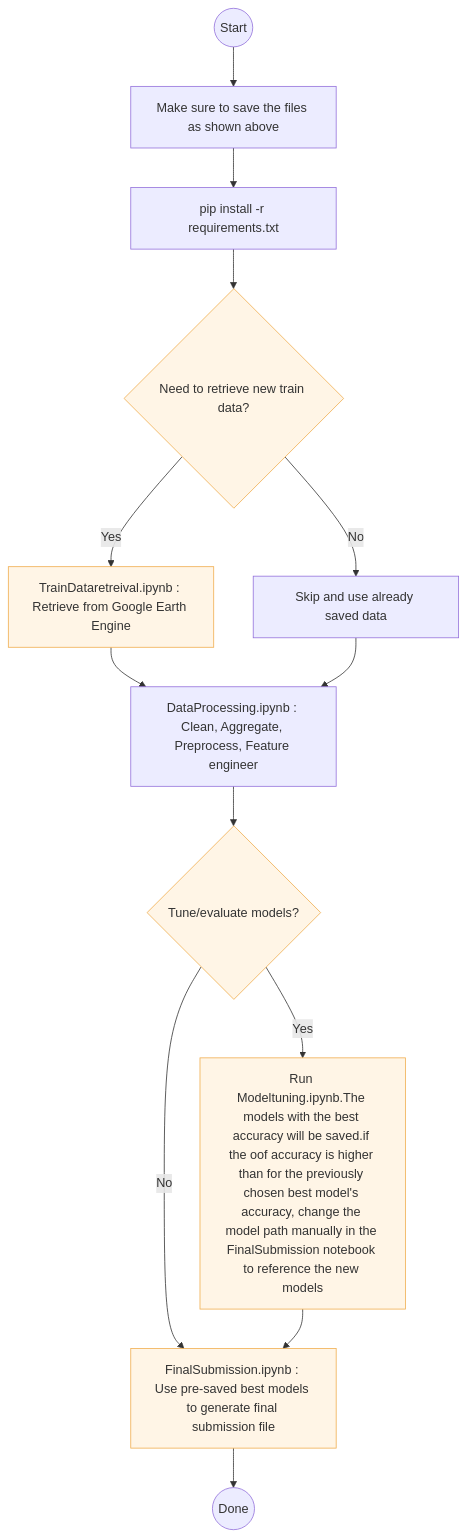
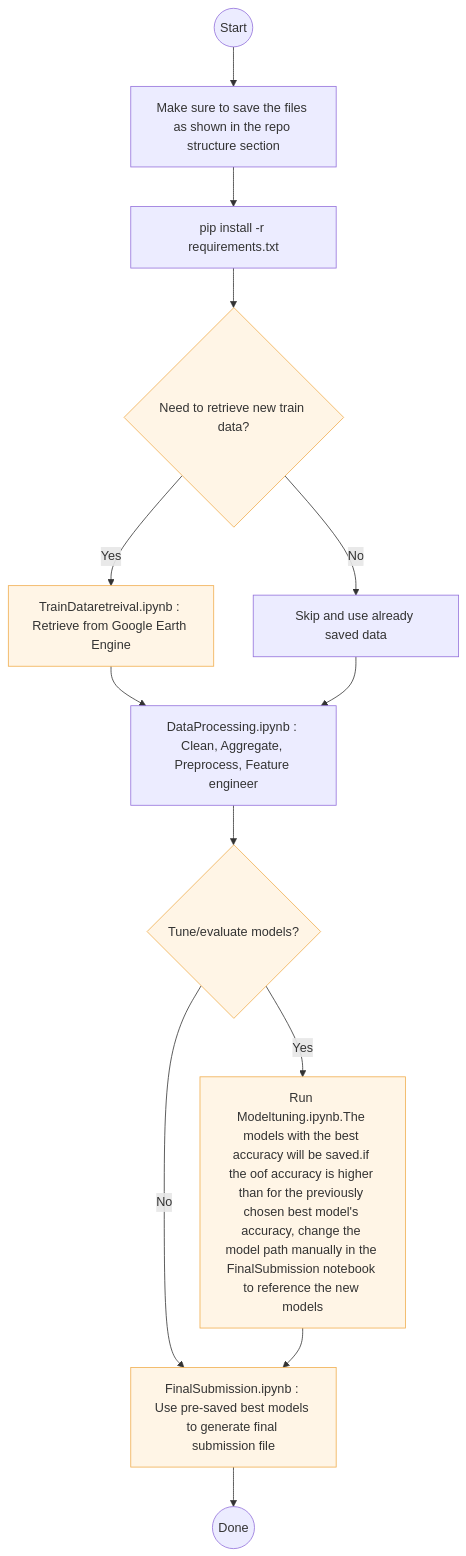
Before and after one commit to Julie-Montague/GEO_CROPMAPPING_CHALLENGE: the diagram in README.md, drawn with Mermaid. The commit also changed other lines of this file, not shown here.

````diff
--- a/README.md
+++ b/README.md
@@ -55,29 +55,29 @@
 ```mermaid
 flowchart TD
     %% Workflow for training & submission
 
-    A((Start)) --> B[Make sure to save the files as shown above]
+    A((Start)) --> B[Make sure to save the files as shown in the repo structure section]
     B --> C[pip install -r requirements.txt]
 
     %% Optional: data retrieval
     C --> D{Need to retrieve new train data?}
     D -- Yes --> E[TrainDataretreival.ipynb : Retrieve from Google Earth Engine ]
     D -- No  --> F[Skip and use already saved data]
 
     %% Processing
     E --> G[DataProcessing.ipynb : Clean, Aggregate, Preprocess, Feature engineer]
     F --> G
 
     %% Optional: model tuning
     G --> H{Tune/evaluate models?}
     H -- Yes --> I[Run Modeltuning.ipynb.The models with the best accuracy will be saved.if the oof accuracy is higher than for the previously chosen best model's accuracy, change the model path manually in the FinalSubmission notebook to reference the new models]
     H -- No  --> J[FinalSubmission.ipynb : Use pre-saved best models to generate final submission file]
 
     %% Final submission
     I --> J
     J --> K((Done))
 
     %% Styling (optional)
     classDef optional fill:#fff5e6,stroke:#f0ad4e,stroke-width:1px;
     class D,E,H,I,J optional;
 ```
````
